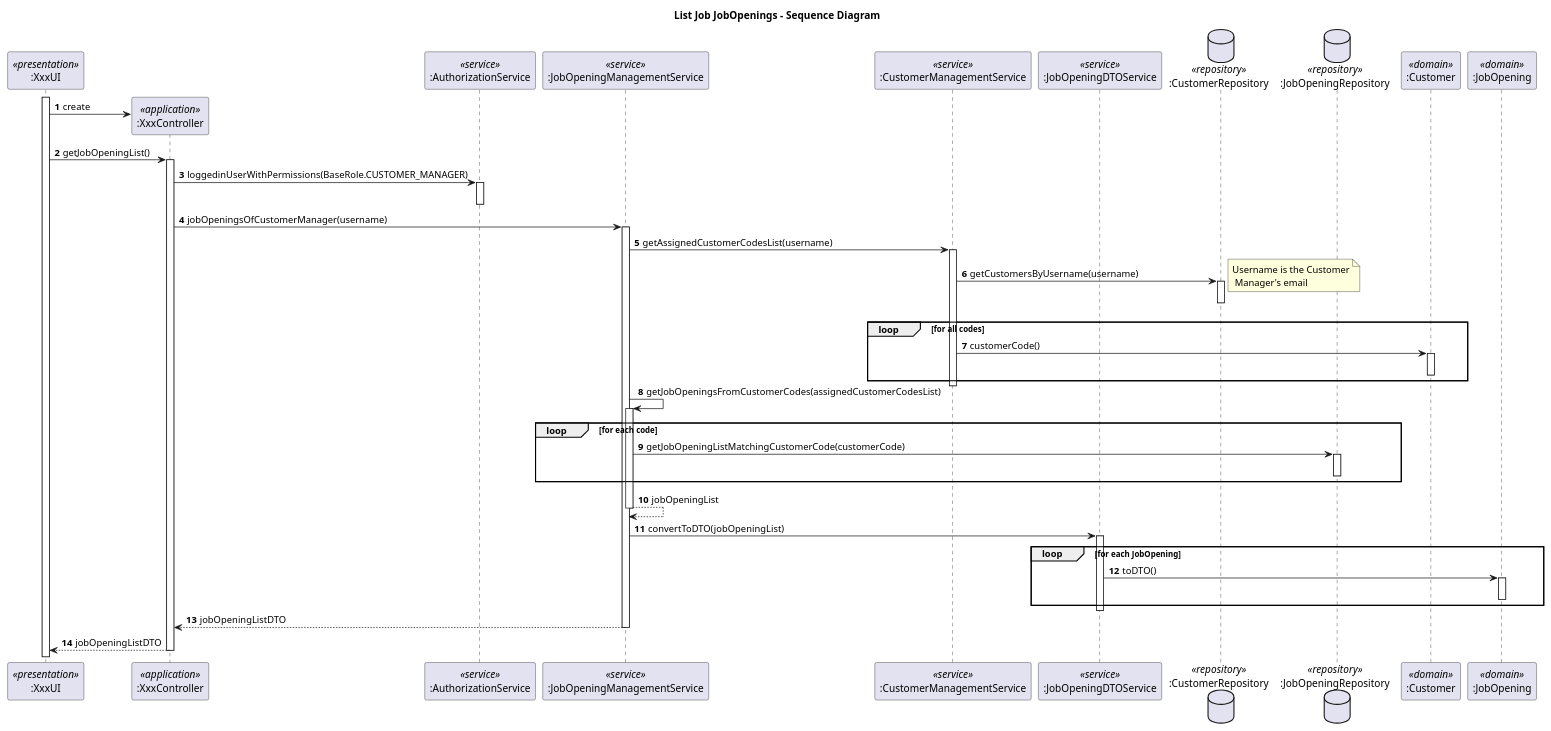
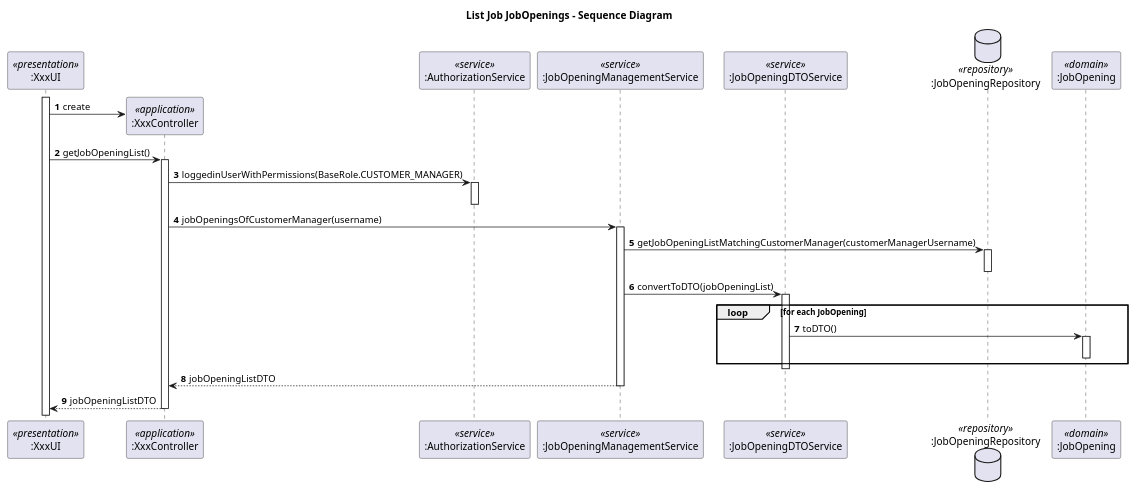
The diagram in docs/team-decisions/shared-sequence-diagram/sequence-diagram-get-job-openings.puml (rita-barbosa/LAPR4-2324), drawn with PlantUML before and after one commit. The commit also changed 1 other file, not shown here.

Commit message:
docs: updates global sequence-diagram-get-job-openings in team-decisions. [#162]

```diff
--- a/docs/team-decisions/shared-sequence-diagram/sequence-diagram-get-job-openings.puml
+++ b/docs/team-decisions/shared-sequence-diagram/sequence-diagram-get-job-openings.puml
@@ -1,77 +1,51 @@
 @startuml
 'https://plantuml.com/sequence-diagram
 
 title List Job JobOpenings - Sequence Diagram
 
 autonumber
 
 participant ":XxxUI" as UI <<presentation>>
 participant ":XxxController" as CTRL <<application>>
 participant ":AuthorizationService" as AUTHZ <<service>>
 participant ":JobOpeningManagementService" as JOMS <<service>>
-participant ":CustomerManagementService" as CMS <<service>>
 participant ":JobOpeningDTOService" as JOS_DTO <<service>>
-database ":CustomerRepository" as CM_REPO <<repository>>
 database ":JobOpeningRepository" as JO_REPO <<repository>>
-participant ":Customer" as CM <<domain>>
 participant ":JobOpening" as JO <<domain>>
 
 
 activate UI
 
 UI -> CTRL**: create
 
 UI -> CTRL : getJobOpeningList()
 activate CTRL
 
     CTRL -> AUTHZ : loggedinUserWithPermissions(BaseRole.CUSTOMER_MANAGER)
     activate AUTHZ
     deactivate AUTHZ
 
     CTRL -> JOMS: jobOpeningsOfCustomerManager(username)
     activate JOMS
 
-
-    JOMS -> CMS : getAssignedCustomerCodesList(username)
-    activate CMS
-
-        CMS -> CM_REPO : getCustomersByUsername(username)
-        note right: Username is the Customer\n Manager's email
-        activate CM_REPO
-        deactivate CM_REPO
-
-        loop for all codes
-            CMS -> CM : customerCode()
-            activate CM
-            deactivate CM
-        end loop
-
-    deactivate CMS
-
-    JOMS -> JOMS : getJobOpeningsFromCustomerCodes(assignedCustomerCodesList)
-    activate JOMS
-        loop for each code
-        JOMS -> JO_REPO : getJobOpeningListMatchingCustomerCode(customerCode)
-        activate JO_REPO
-        deactivate JO_REPO
-        end loop
-    JOMS --> JOMS: jobOpeningList
-    deactivate JOMS
+    JOMS -> JO_REPO : getJobOpeningListMatchingCustomerManager(customerManagerUsername)
+    activate JO_REPO
+    deactivate JO_REPO
 
 JOMS -> JOS_DTO : convertToDTO(jobOpeningList)
 activate JOS_DTO
 
     loop for each JobOpening
         JOS_DTO -> JO : toDTO()
         activate JO
         deactivate JO
     end loop
 deactivate JOS_DTO
 
 JOMS --> CTRL : jobOpeningListDTO
 deactivate JOMS
 
 CTRL --> UI: jobOpeningListDTO
 deactivate CTRL
 
 @enduml
```
